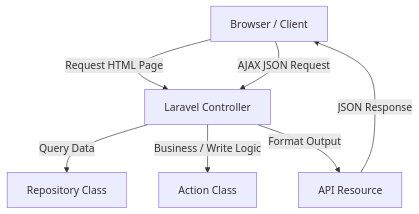
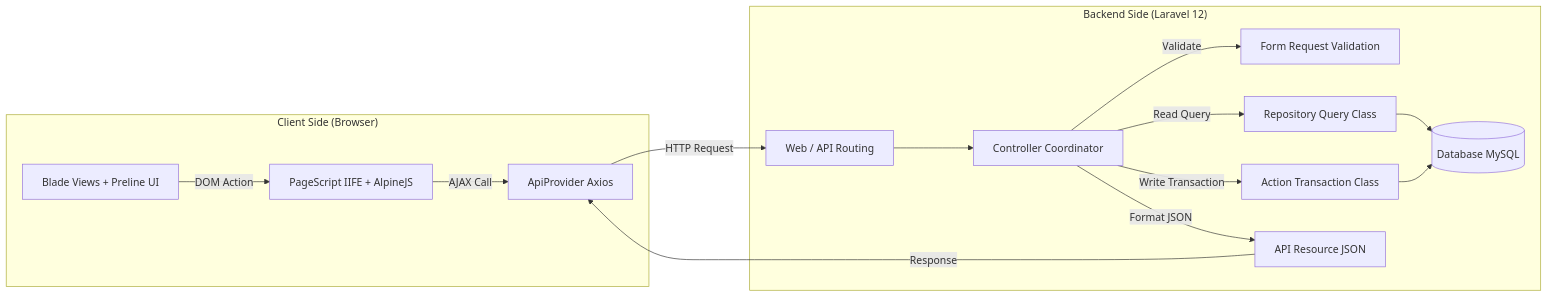
Before and after one commit to RendyAFS/an-mastery-v3: the diagram in README.md, drawn with Mermaid. The commit also changed other lines of this file, not shown here.

Commit message:
docs: overhaul README with updated project branding, feature highlights, and architectural diagrams

````diff
--- a/README.md
+++ b/README.md
@@ -67,9 +85,30 @@
 ```mermaid
-graph TD
-    A[Browser / Client] -->|Request HTML Page| B[Laravel Controller]
-    A -->|AJAX JSON Request| B
-    B -->|Query Data| C[Repository Class]
-    B -->|Business / Write Logic| D[Action Class]
-    B -->|Format Output| E[API Resource]
-    E -->|JSON Response| A
+graph LR
+    subgraph Client ["Client Side (Browser)"]
+        UI[Blade Views + Preline UI]
+        JS[PageScript IIFE + AlpineJS]
+        API_CLIENT[ApiProvider Axios]
+    end
+
+    subgraph Backend ["Backend Side (Laravel 12)"]
+        ROUTE[Web / API Routing]
+        CTRL[Controller Coordinator]
+        REQ[Form Request Validation]
+        REPO[Repository Query Class]
+        ACT[Action Transaction Class]
+        RES[API Resource JSON]
+        DB[(Database MySQL)]
+    end
+
+    UI -->|DOM Action| JS
+    JS -->|AJAX Call| API_CLIENT
+    API_CLIENT -->|HTTP Request| ROUTE
+    ROUTE --> CTRL
+    CTRL -->|Validate| REQ
+    CTRL -->|Read Query| REPO
+    CTRL -->|Write Transaction| ACT
+    REPO --> DB
+    ACT --> DB
+    CTRL -->|Format JSON| RES
+    RES -->|Response| API_CLIENT
 ```
````
